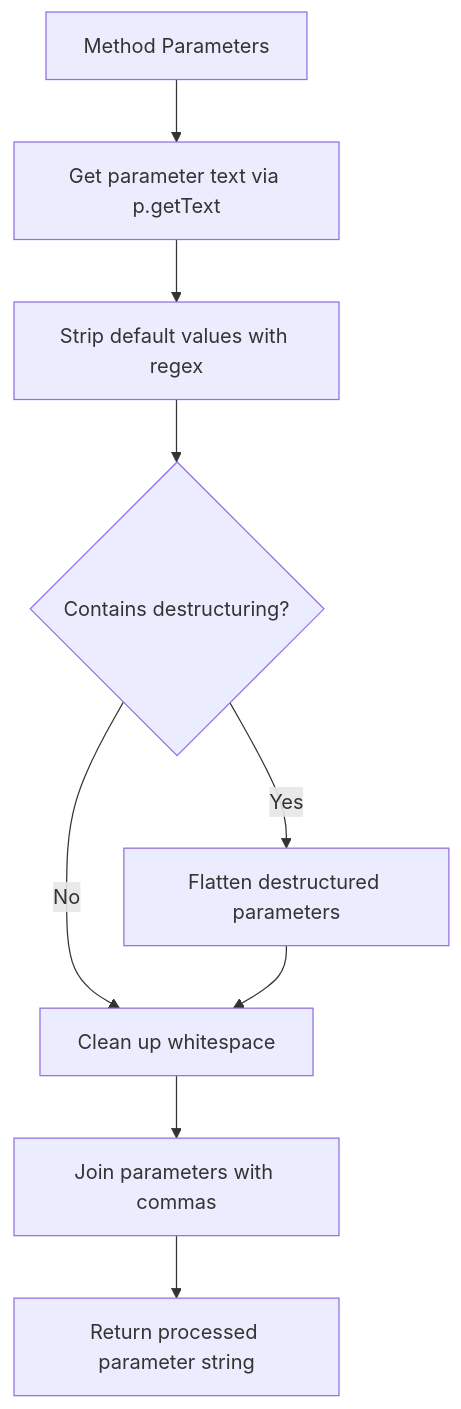
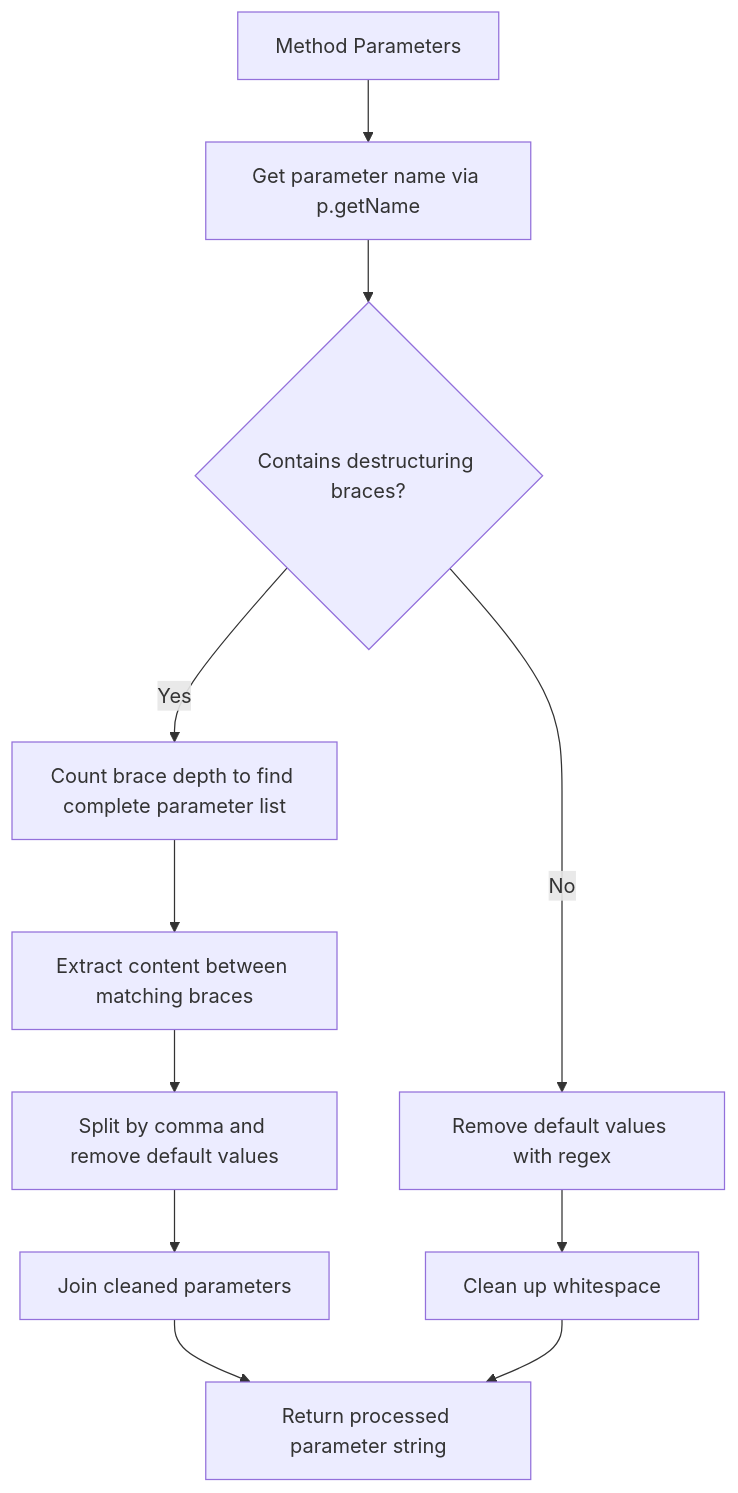
Before and after one commit to d8aware/vscode-mermaid-extension: the second of 2 diagrams in docs/architecture.md, drawn with Mermaid. The commit also changed other lines of this file and 2 other files, not shown here.

Commit message:
Fix default parameter bug in class diagram generation
- Updated `CHANGELOG.md` to document the fix for the default parameter bug in class diagram generation (Issue #24).
- Enhanced the architecture diagram in `architecture.md` to reflect changes in parameter extraction logic, including handling nested destructured parameters.
- Revised `bug-fixes.md` to detail the root cause and solution for the issue with default values in destructured parameters, ensuring accurate Mermaid syntax generation.

These changes improve the reliability of class diagram generation and enhance documentation clarity.

````diff
--- a/docs/architecture.md
+++ b/docs/architecture.md
@@ -57,11 +57,13 @@
 ```mermaid
 flowchart TD
-    A[Method Parameters] --> B[Get parameter text via p.getText]
-    B --> C[Strip default values with regex]
-    C --> D{Contains destructuring?}
-    D -->|Yes| E[Flatten destructured parameters]
-    D -->|No| F[Clean up whitespace]
-    E --> F
-    F --> G[Join parameters with commas]
-    G --> H[Return processed parameter string]
+    A[Method Parameters] --> B[Get parameter name via p.getName]
+    B --> C{Contains destructuring braces?}
+    C -->|Yes| D[Count brace depth to find complete parameter list]
+    D --> E[Extract content between matching braces]
+    E --> F[Split by comma and remove default values]
+    F --> G[Join cleaned parameters]
+    C -->|No| H[Remove default values with regex]
+    H --> I[Clean up whitespace]
+    G --> J[Return processed parameter string]
+    I --> J
 ```
````
